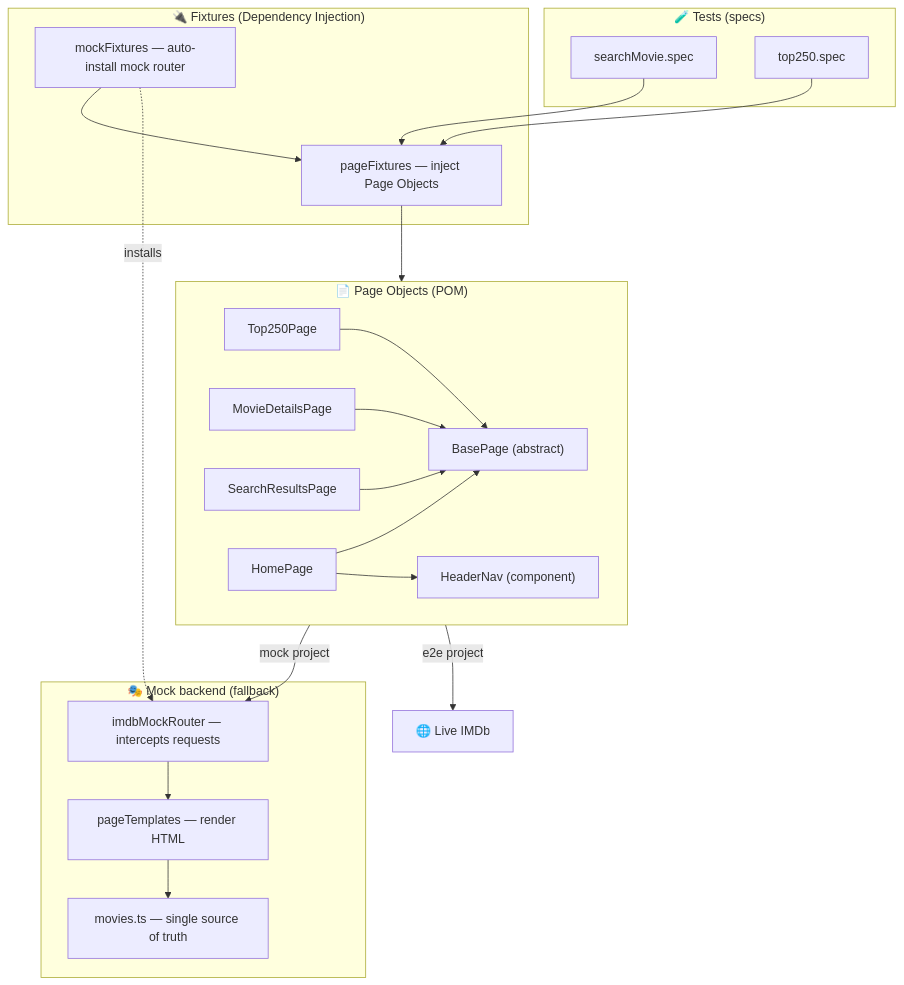
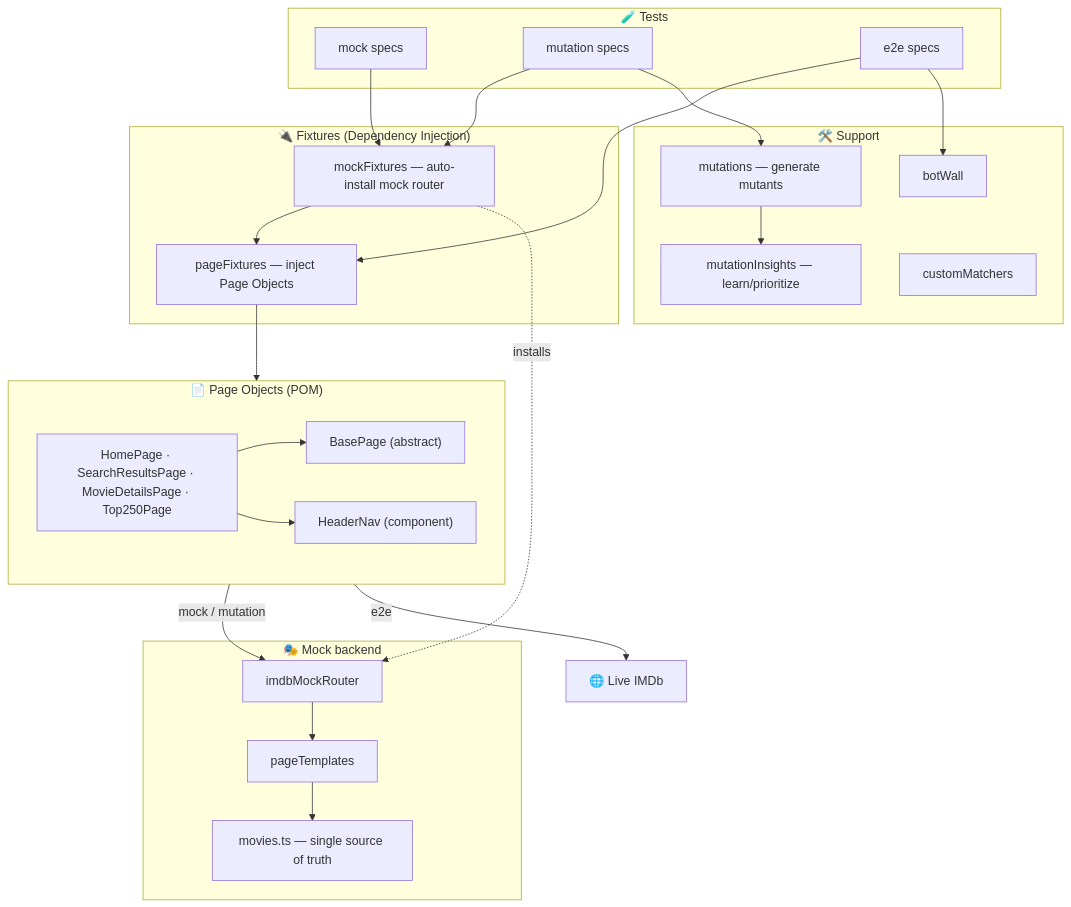
One commit to criguex/civica-playwright-challenge changed the first of 5 diagrams in README.md. Above: the diagram before and after it, drawn with Mermaid. The commit also changed other lines of this file and 39 other files, not shown here.

````diff
--- a/README.md
+++ b/README.md
@@ -82,39 +100,47 @@
 ```mermaid
 flowchart TD
-  subgraph Tests["🧪 Tests (specs)"]
-    T1["searchMovie.spec"]
-    T2["top250.spec"]
+  subgraph Tests["🧪 Tests"]
+    T1["mock specs"]
+    T2["mutation specs"]
+    T3["e2e specs"]
   end
 
   subgraph Fixtures["🔌 Fixtures (Dependency Injection)"]
     F1["pageFixtures — inject Page Objects"]
     F2["mockFixtures — auto-install mock router"]
   end
 
+  subgraph Support["🛠️ Support"]
+    X1["mutations — generate mutants"]
+    X2["mutationInsights — learn/prioritize"]
+    X3["customMatchers"]
+    X4["botWall"]
+  end
+
   subgraph Pages["📄 Page Objects (POM)"]
     B["BasePage (abstract)"]
-    H["HomePage"]
-    S["SearchResultsPage"]
-    M["MovieDetailsPage"]
-    C["Top250Page"]
+    PO["HomePage · SearchResultsPage · MovieDetailsPage · Top250Page"]
     N["HeaderNav (component)"]
   end
 
-  subgraph Mock["🎭 Mock backend (fallback)"]
-    R["imdbMockRouter — intercepts requests"]
-    P["pageTemplates — render HTML"]
+  subgraph Mock["🎭 Mock backend"]
+    R["imdbMockRouter"]
+    P["pageTemplates"]
     D["movies.ts — single source of truth"]
   end
 
   Live["🌐 Live IMDb"]
 
-  T1 & T2 --> F1
+  T1 --> F2
+  T2 --> F2
+  T2 --> X1 --> X2
+  T3 --> F1
+  T3 --> X4
   F2 --> F1
   F1 --> Pages
-  H & S & M & C --> B
-  H --> N
-  F2 -.installs.-> R
-  R --> P --> D
-  Pages -->|mock project| R
-  Pages -->|e2e project| Live
+  PO --> B
+  PO --> N
+  F2 -.installs.-> R --> P --> D
+  Pages -->|mock / mutation| R
+  Pages -->|e2e| Live
 ```
````
